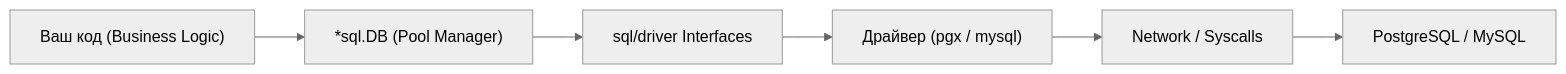
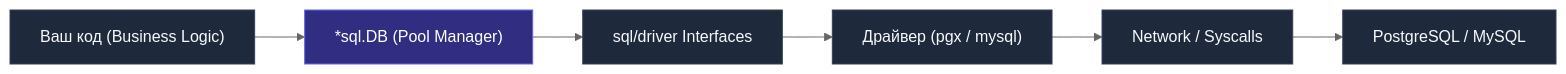
The first of 2 diagrams in sources/12. Базы данных/10. Практика и архитектура/1. Работа с БД в Go. database_sql.md (UnrealTemplier/go-textbook), drawn with Mermaid (neutral theme) before and after one commit. The commit also changed other lines of this file, not shown here.

````diff
--- a/sources/12. Базы данных/10. Практика и архитектура/1. Работа с БД в Go. database_sql.md
+++ b/sources/12. Базы данных/10. Практика и архитектура/1. Работа с БД в Go. database_sql.md
@@ -21,8 +25,12 @@
 ```mermaid
 flowchart LR
     App["Ваш код (Business Logic)"] --> DB["*sql.DB (Pool Manager)"]
     DB --> Runtime["sql/driver Interfaces"]
     Runtime --> Driver["Драйвер (pgx / mysql)"]
     Driver --> Net["Network / Syscalls"]
     Net --> DBServer["PostgreSQL / MySQL"]
+
+    classDef default fill:#1e293b,stroke:#334155,color:#f8fafc;
+    classDef pool fill:#312e81,stroke:#6366f1,color:#ffffff;
+    class DB pool;
 ```
````
